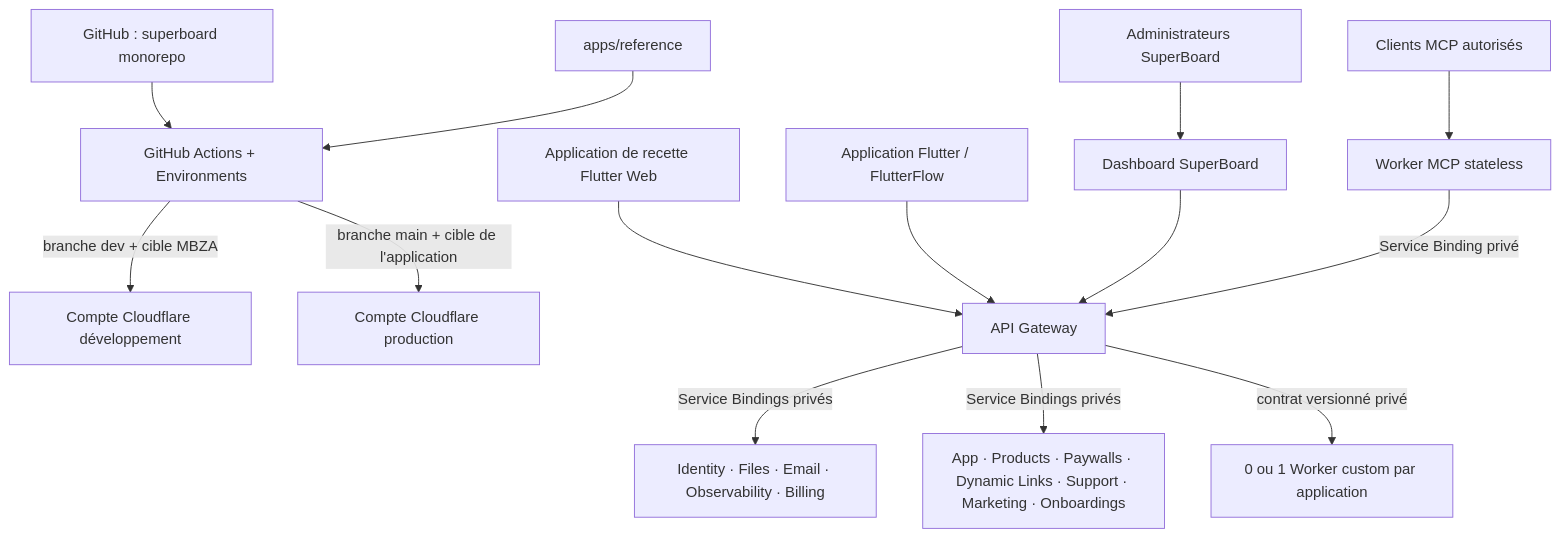
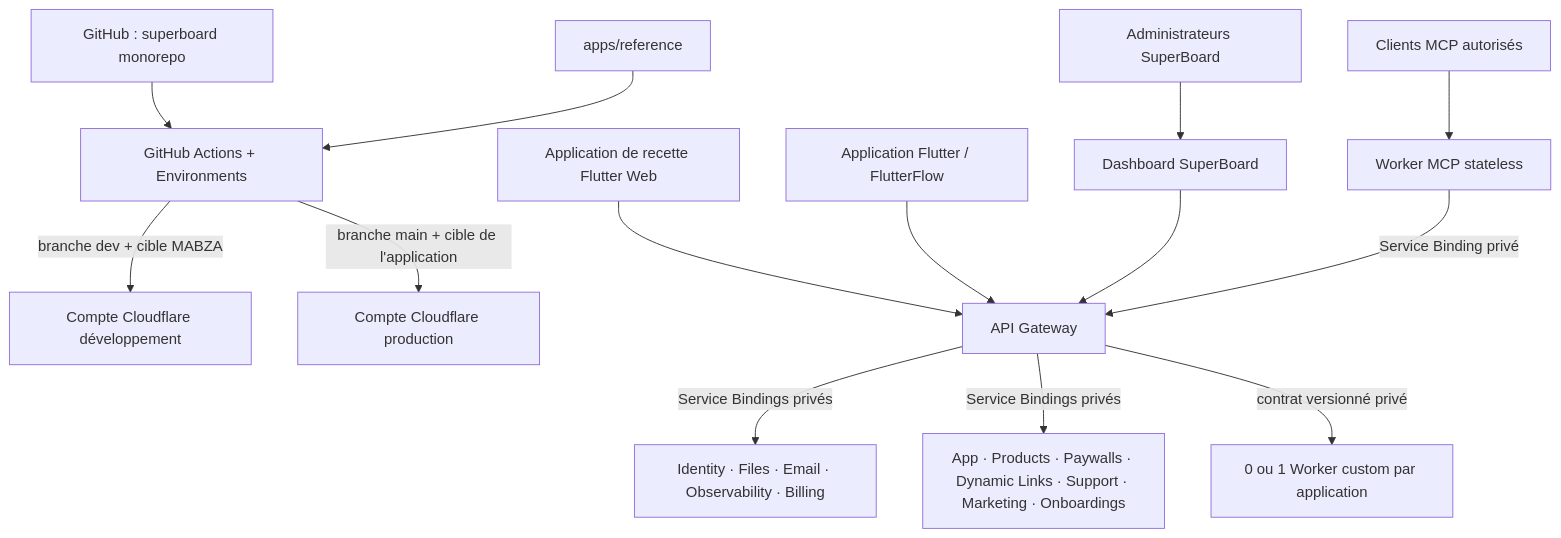
One commit to mabzadev/superboard changed the diagram in docs/ARCHITECTURE_CIBLE_FR.md. Above: the diagram before and after it, drawn with Mermaid. The commit also changed other lines of this file and 874 other files, not shown here.

````diff
--- a/docs/ARCHITECTURE_CIBLE_FR.md
+++ b/docs/ARCHITECTURE_CIBLE_FR.md
@@ -19,30 +19,30 @@
 ```mermaid
 flowchart TB
   app["Application Flutter / FlutterFlow"]
   admin["Administrateurs SuperBoard"]
   git["GitHub : superboard monorepo"]
   gitref["apps/reference"]
   gha["GitHub Actions + Environments"]
   cfdev["Compte Cloudflare développement"]
   cfprod["Compte Cloudflare production"]
   dashboard["Dashboard SuperBoard"]
   gateway["API Gateway"]
   common["Identity · Files · Email · Observability · Billing"]
   modules["App · Products · Paywalls · Dynamic Links · Support · Marketing · Onboardings"]
   custom["0 ou 1 Worker custom par application"]
   mcp["Worker MCP stateless"]
   agent["Clients MCP autorisés"]
   reference["Application de recette Flutter Web"]
 
   git --> gha
   gitref --> gha
-  gha -->|"branche dev + cible MBZA"| cfdev
+  gha -->|"branche dev + cible MABZA"| cfdev
   gha -->|"branche main + cible de l'application"| cfprod
   reference --> gateway
   app --> gateway
   admin --> dashboard --> gateway
   agent --> mcp -->|"Service Binding privé"| gateway
   gateway -->|"Service Bindings privés"| common
   gateway -->|"Service Bindings privés"| modules
   gateway -->|"contrat versionné privé"| custom
 ```
````
